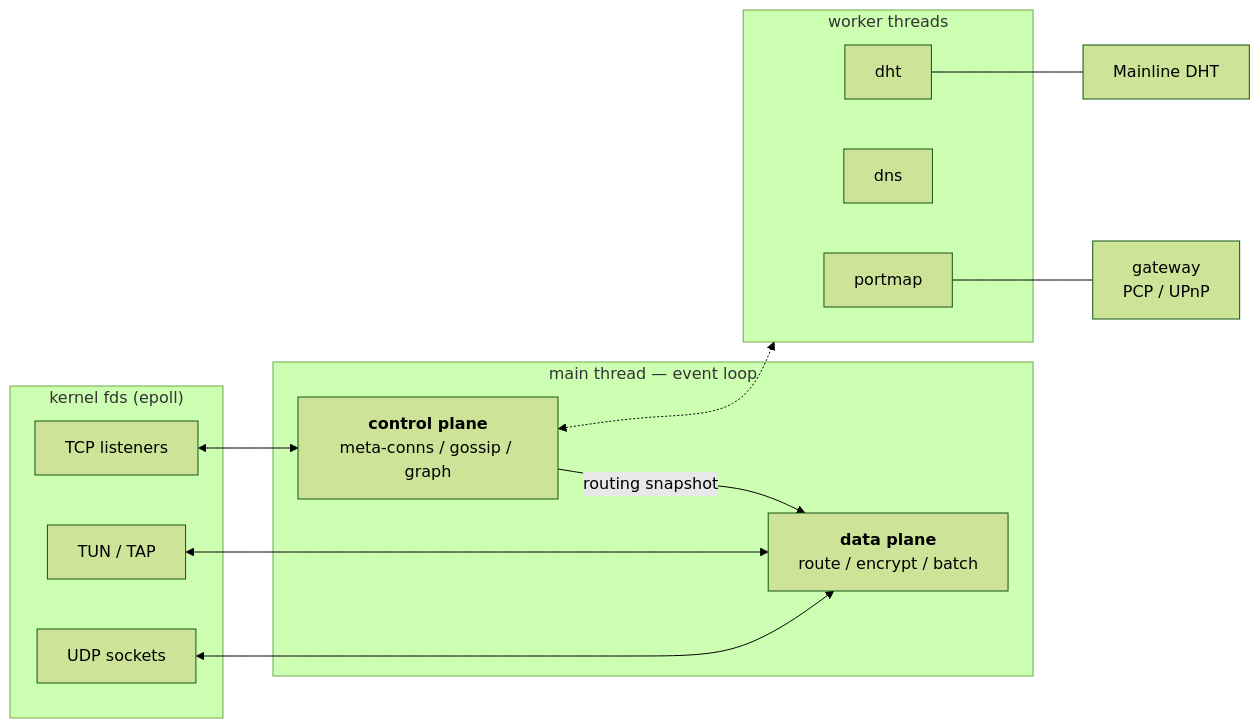
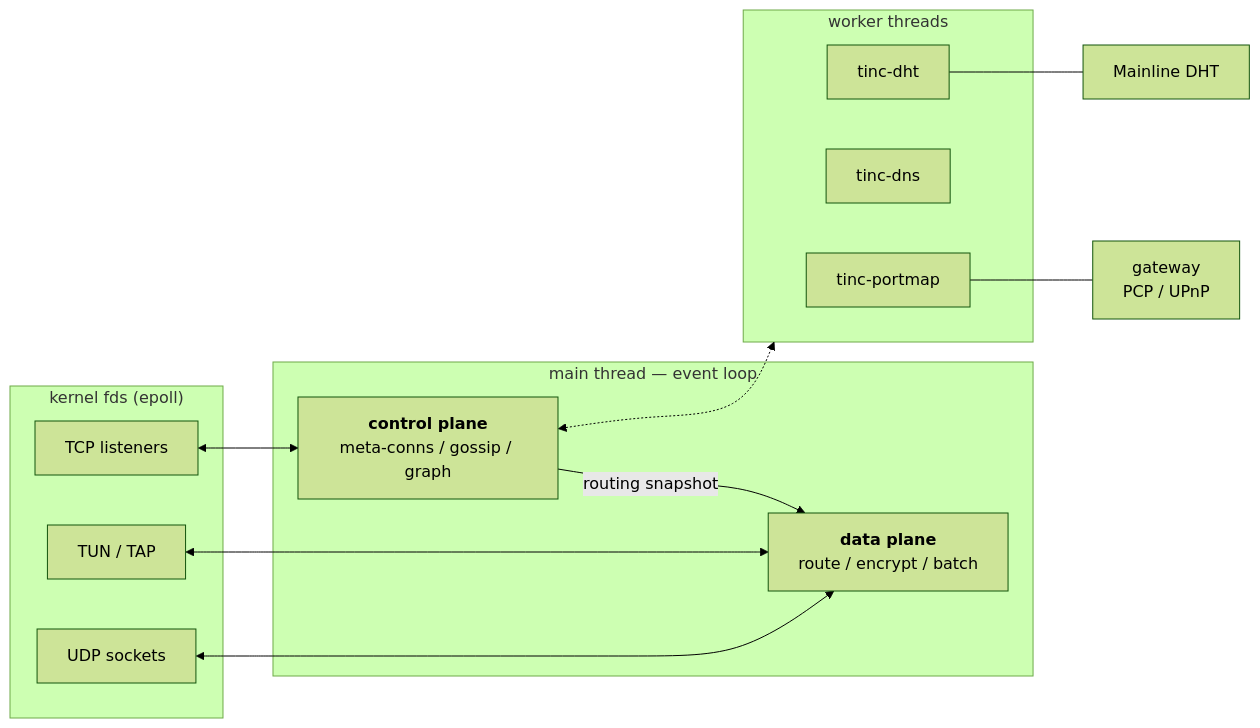
Before and after one commit to Mic92/tincr: the first of 2 diagrams in docs/ARCHITECTURE.md, drawn with Mermaid (forest theme). The commit also changed other lines of this file and 3 other files, not shown here.

````diff
--- a/docs/ARCHITECTURE.md
+++ b/docs/ARCHITECTURE.md
@@ -18,25 +18,25 @@
 ```mermaid
 flowchart LR
     subgraph kernel ["kernel fds (epoll)"]
         tun["TUN / TAP"]
         udp["UDP sockets"]
         tcp["TCP listeners"]
     end
     subgraph main ["main thread — event loop"]
         dp["<b>data plane</b><br/>route / encrypt / batch"]
         cp["<b>control plane</b><br/>meta-conns / gossip / graph"]
         cp -- "routing snapshot" --> dp
     end
     subgraph workers ["worker threads"]
-        dht["dht"]
-        dns["dns"]
-        pm["portmap"]
+        dht["tinc-dht"]
+        dns["tinc-dns"]
+        pm["tinc-portmap"]
     end
 
     tun <--> dp
     udp <--> dp
     tcp <--> cp
     cp  <-.-> workers
     dht --- mainline["Mainline DHT"]
     pm  --- gw["gateway<br/>PCP / UPnP"]
 ```
````
